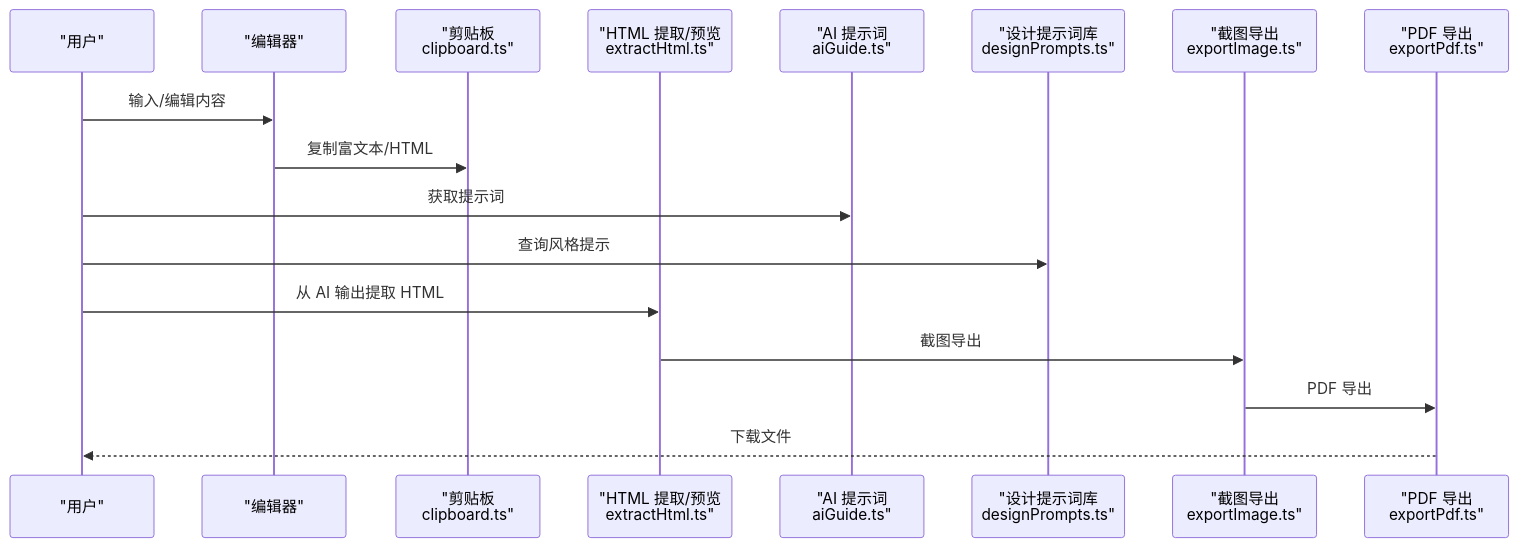
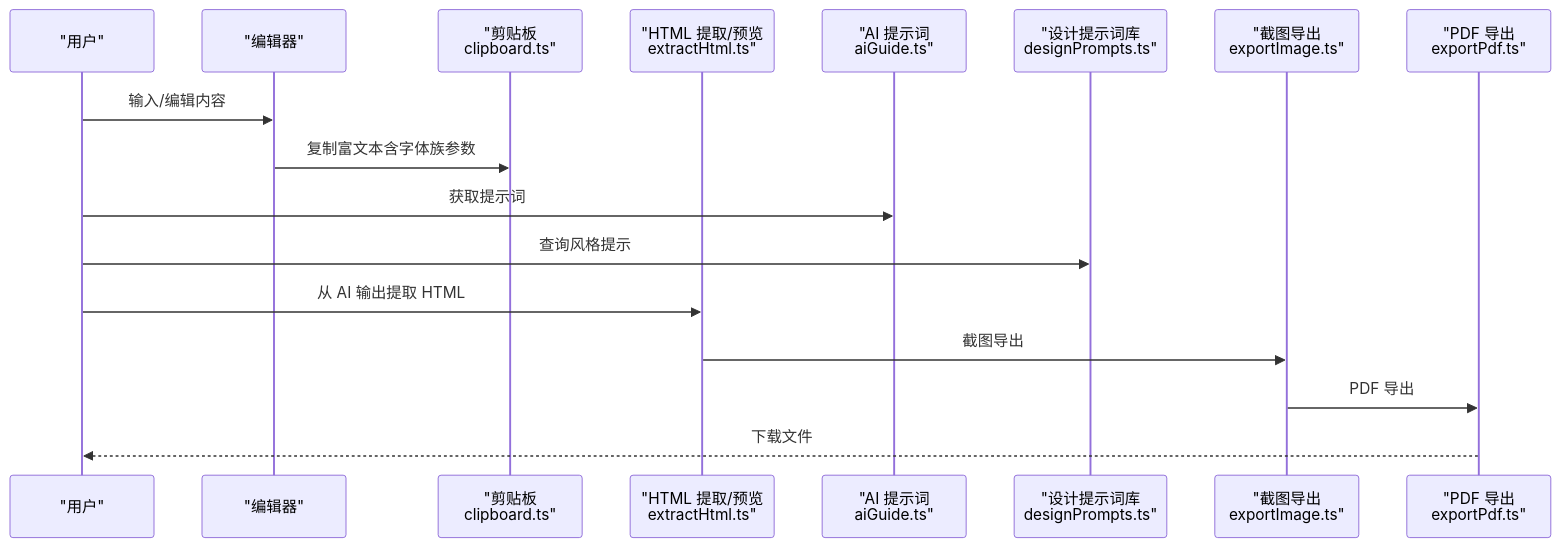
One commit to ZhongXiandou/markdown2view changed the second of 11 diagrams in .qoder/repowiki/zh/content/API参考/工具函数API.md. Above: the diagram before and after it, drawn with Mermaid. The commit also changed other lines of this file and 21 other files, not shown here.

````diff
--- a/.qoder/repowiki/zh/content/API参考/工具函数API.md
+++ b/.qoder/repowiki/zh/content/API参考/工具函数API.md
@@ -153,19 +156,19 @@
 ```mermaid
 sequenceDiagram
 participant U as "用户"
 participant E as "编辑器"
 participant CB as "剪贴板<br/>clipboard.ts"
 participant EX as "HTML 提取/预览<br/>extractHtml.ts"
 participant AG as "AI 提示词<br/>aiGuide.ts"
 participant DP as "设计提示词库<br/>designPrompts.ts"
 participant EI as "截图导出<br/>exportImage.ts"
 participant EP as "PDF 导出<br/>exportPdf.ts"
 U->>E : 输入/编辑内容
-E->>CB : 复制富文本/HTML
+E->>CB : 复制富文本含字体族参数
 U->>AG : 获取提示词
 U->>DP : 查询风格提示
 U->>EX : 从 AI 输出提取 HTML
 EX->>EI : 截图导出
 EI->>EP : PDF 导出
 EP-->>U : 下载文件
 ```
````
